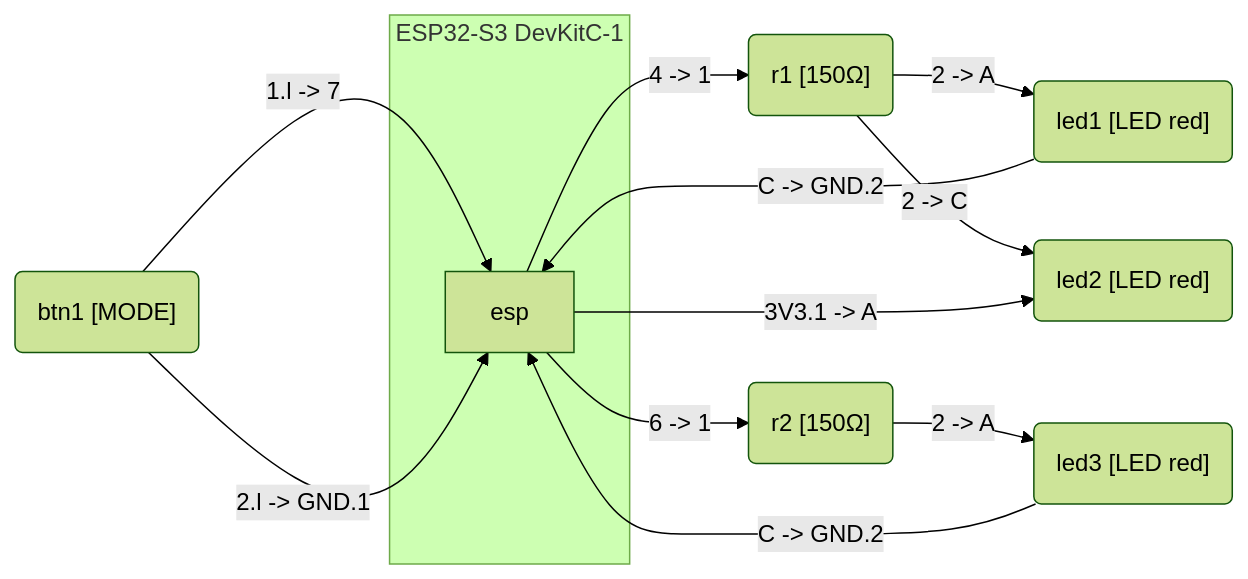
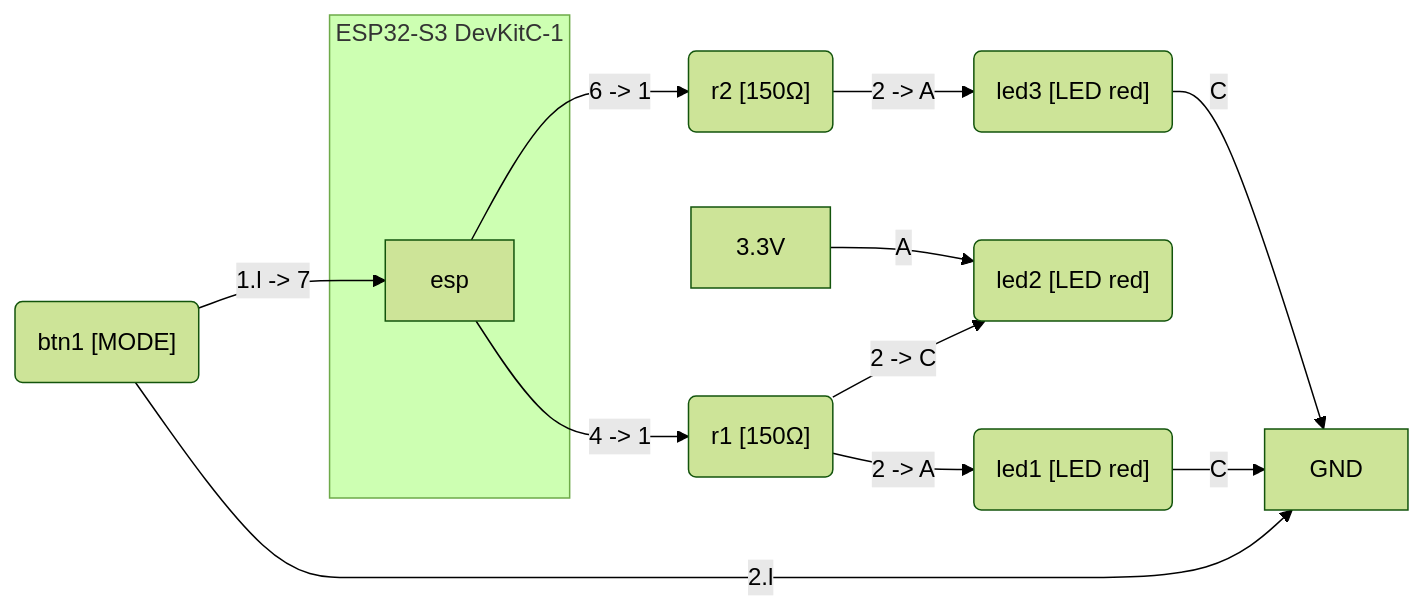
The diagram in homeworks/1_3-police-flasher/README.md (VLoktiev-EMB/homeworks), drawn with Mermaid (forest theme) before and after one commit. The commit also changed 12 other files, not shown here.

Commit message:
feat(schematic): overhaul circuit visualization skill and clean breadboard and mermaid tiers

````diff
--- a/homeworks/1_3-police-flasher/README.md
+++ b/homeworks/1_3-police-flasher/README.md
@@ -29,23 +29,23 @@
 ```mermaid
 flowchart LR
     subgraph Board["ESP32-S3 DevKitC-1"]
         esp[esp]
     end
     r1("r1 [150Ω]")
     led1("led1 [LED red]")
     led2("led2 [LED red]")
     r2("r2 [150Ω]")
     led3("led3 [LED red]")
     btn1("btn1 [MODE]")
 
     btn1 -->|1.l -> 7| esp
-    btn1 -->|2.l -> GND.1| esp
+    btn1 -->|2.l| gnd[GND]
     esp -->|4 -> 1| r1
     r1 -->|2 -> A| led1
     r1 -->|2 -> C| led2
-    led1 -->|C -> GND.2| esp
-    esp -->|3V3.1 -> A| led2
+    led1 -->|C| gnd[GND]
+    pwr["3.3V"] -->|A| led2
     esp -->|6 -> 1| r2
     r2 -->|2 -> A| led3
-    led3 -->|C -> GND.2| esp
+    led3 -->|C| gnd[GND]
 ```
````
